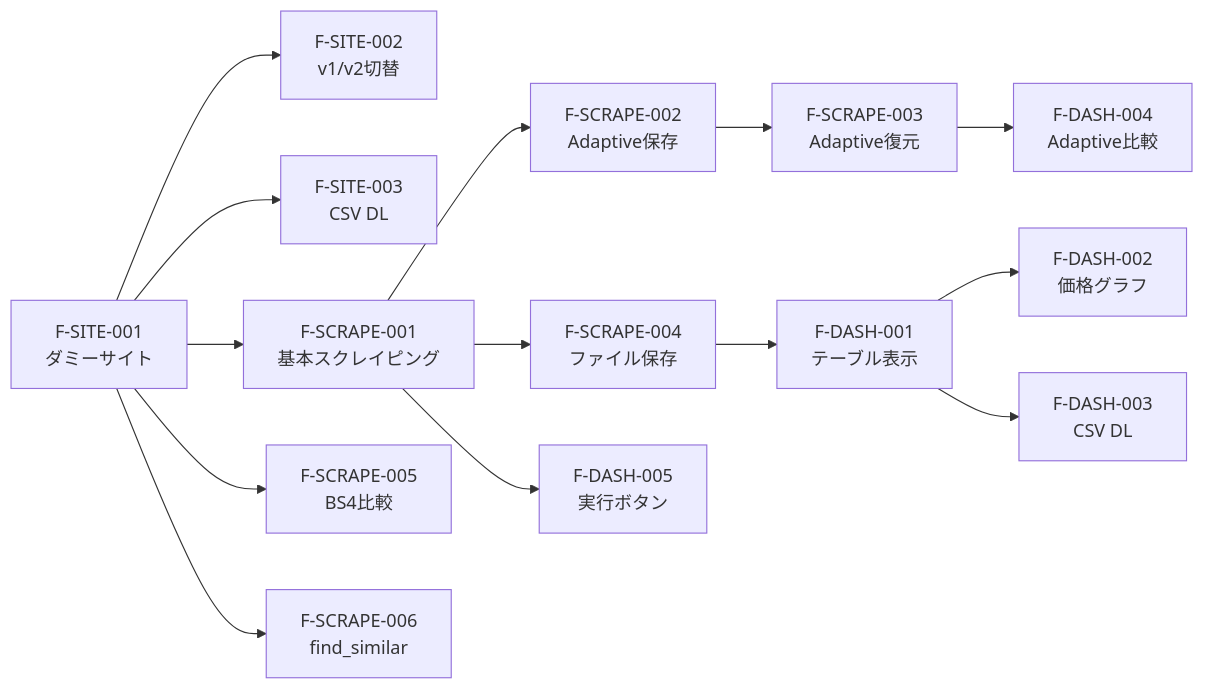
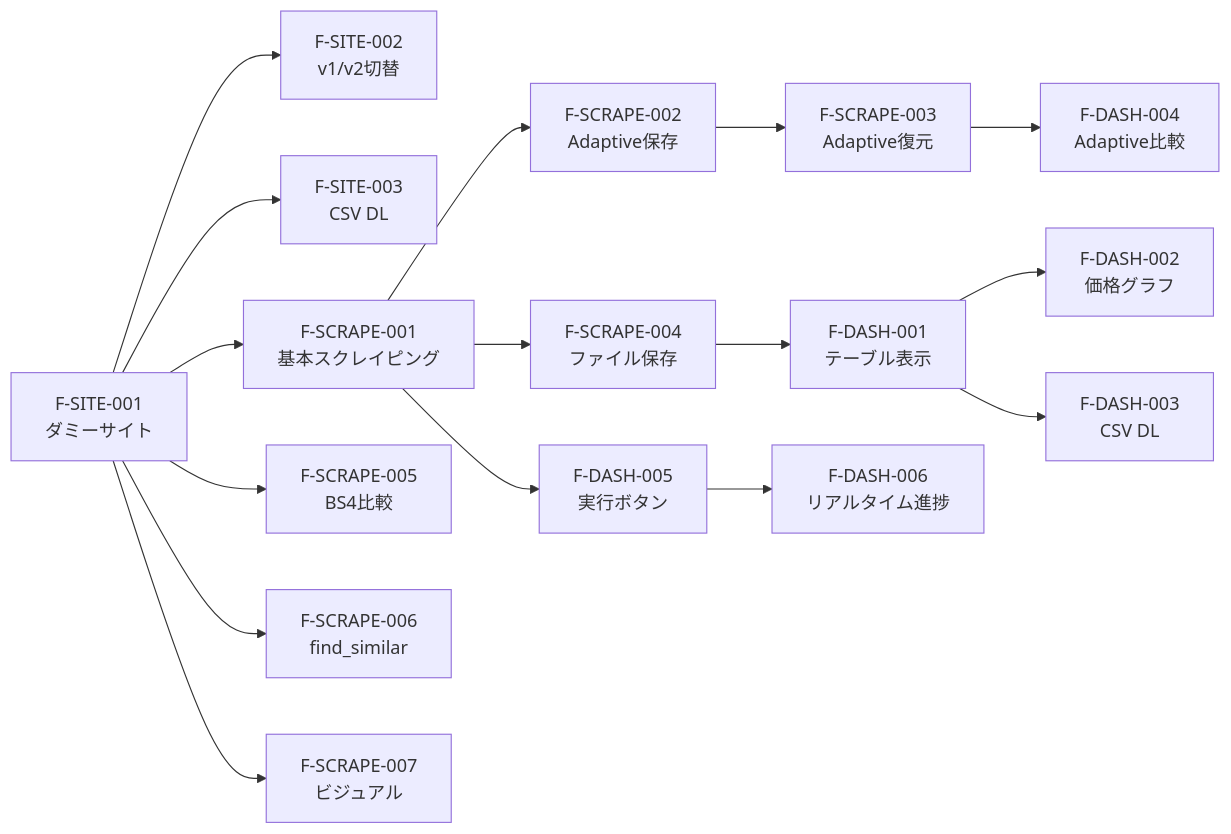
Before and after one commit to matsubara457/scrapling-verify: the diagram in docs/02_feature_list.md, drawn with Mermaid. The commit also changed other lines of this file and 1 other file, not shown here.

````diff
--- a/docs/02_feature_list.md
+++ b/docs/02_feature_list.md
@@ -24,16 +26,18 @@
 ```mermaid
 graph LR
     SITE001[F-SITE-001<br>ダミーサイト] --> SITE002[F-SITE-002<br>v1/v2切替]
     SITE001 --> SITE003[F-SITE-003<br>CSV DL]
     SITE001 --> SCRAPE001[F-SCRAPE-001<br>基本スクレイピング]
     SCRAPE001 --> SCRAPE002[F-SCRAPE-002<br>Adaptive保存]
     SCRAPE002 --> SCRAPE003[F-SCRAPE-003<br>Adaptive復元]
     SCRAPE001 --> SCRAPE004[F-SCRAPE-004<br>ファイル保存]
     SITE001 --> SCRAPE005[F-SCRAPE-005<br>BS4比較]
     SITE001 --> SCRAPE006[F-SCRAPE-006<br>find_similar]
+    SITE001 --> SCRAPE007[F-SCRAPE-007<br>ビジュアル]
     SCRAPE004 --> DASH001[F-DASH-001<br>テーブル表示]
     DASH001 --> DASH002[F-DASH-002<br>価格グラフ]
     DASH001 --> DASH003[F-DASH-003<br>CSV DL]
     SCRAPE003 --> DASH004[F-DASH-004<br>Adaptive比較]
     SCRAPE001 --> DASH005[F-DASH-005<br>実行ボタン]
+    DASH005 --> DASH006[F-DASH-006<br>リアルタイム進捗]
 ```
````
